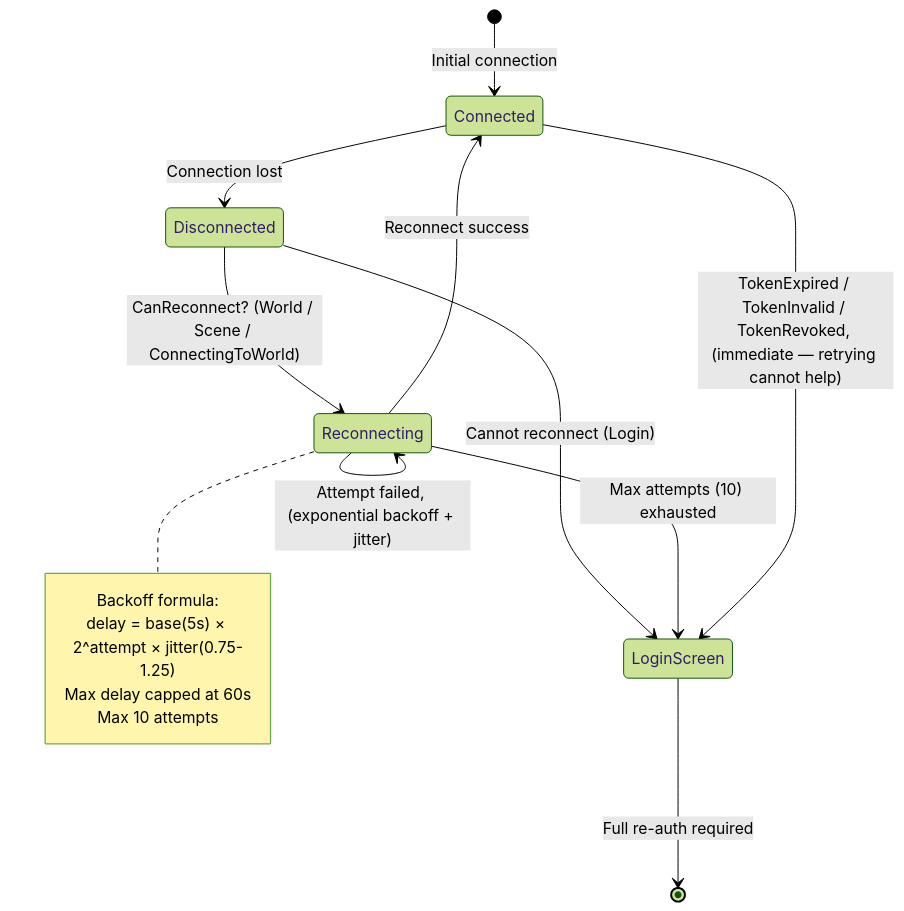
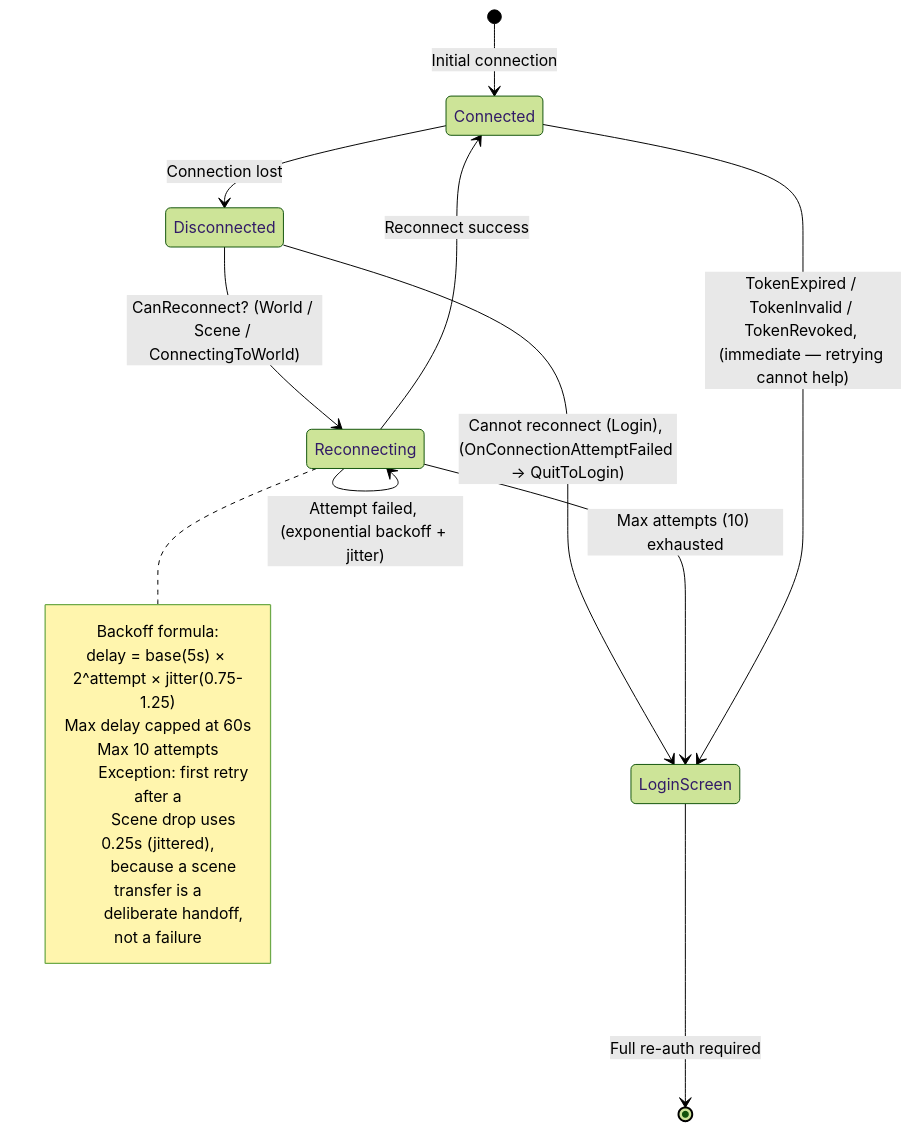
Before and after one commit to jimdroberts/FishMMO: diagram 12 of 12 in CONNECTION_PIPELINE.md, drawn with Mermaid (forest theme). The commit also changed other lines of this file and 12 other files, not shown here.

````diff
--- a/CONNECTION_PIPELINE.md
+++ b/CONNECTION_PIPELINE.md
@@ -851,19 +851,24 @@
 ```mermaid
 stateDiagram-v2
     [*] --> Connected: Initial connection
     Connected --> Disconnected: Connection lost
     Disconnected --> Reconnecting: CanReconnect? (World / Scene / ConnectingToWorld)
-    Disconnected --> LoginScreen: Cannot reconnect (Login)
+    Disconnected --> LoginScreen: Cannot reconnect (Login), (OnConnectionAttemptFailed -> QuitToLogin)
     Reconnecting --> Connected: Reconnect success
     Reconnecting --> Reconnecting: Attempt failed, (exponential backoff + jitter)
     Reconnecting --> LoginScreen: Max attempts (10) exhausted
     Connected --> LoginScreen: TokenExpired / TokenInvalid / TokenRevoked, (immediate — retrying cannot help)
     LoginScreen --> [*]: Full re-auth required
 
     note right of Reconnecting
         Backoff formula:
         delay = base(5s) × 2^attempt × jitter(0.75-1.25)
         Max delay capped at 60s
         Max 10 attempts
+
+        Exception: first retry after a
+        Scene drop uses 0.25s (jittered),
+        because a scene transfer is a
+        deliberate handoff, not a failure
     end note
 ```
````
